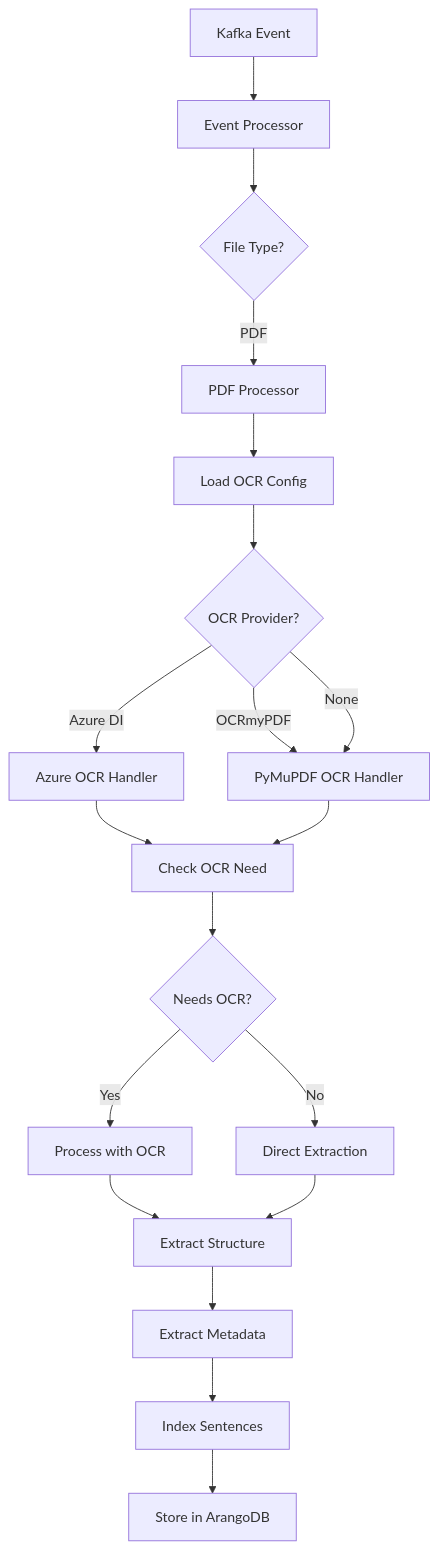
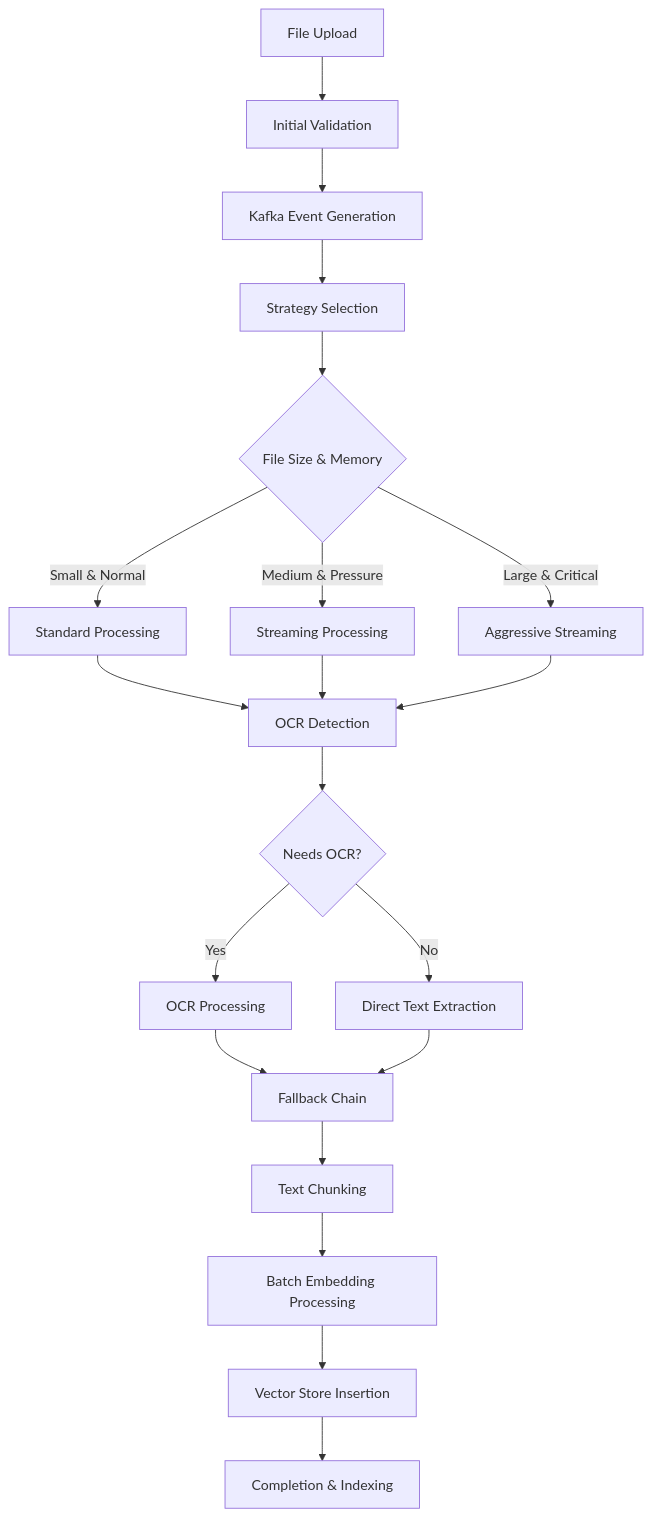
One commit to IcantCode1010/pipeshub-ai-v3 changed the diagram in PDF_PROCESSING_DOCUMENTATION.md. Above: the diagram before and after it, drawn with Mermaid. The commit also changed other lines of this file and 67 other files, not shown here.

````diff
--- a/PDF_PROCESSING_DOCUMENTATION.md
+++ b/PDF_PROCESSING_DOCUMENTATION.md
@@ -188,21 +105,25 @@
 ```mermaid
 graph TD
-    A[Kafka Event] --> B[Event Processor]
-    B --> C{File Type?}
-    C -->|PDF| D[PDF Processor]
-    D --> E[Load OCR Config]
-    E --> F{OCR Provider?}
-    F -->|Azure DI| G[Azure OCR Handler]
-    F -->|OCRmyPDF| H[PyMuPDF OCR Handler]
-    F -->|None| H
-    G --> I[Check OCR Need]
+    A[File Upload] --> B[Initial Validation]
+    B --> C[Kafka Event Generation]
+    C --> D[Strategy Selection]
+    D --> E{File Size & Memory}
+    E -->|Small & Normal| F[Standard Processing]
+    E -->|Medium & Pressure| G[Streaming Processing] 
+    E -->|Large & Critical| H[Aggressive Streaming]
+    
+    F --> I[OCR Detection]
+    G --> I
     H --> I
+    
     I --> J{Needs OCR?}
-    J -->|Yes| K[Process with OCR]
-    J -->|No| L[Direct Extraction]
-    K --> M[Extract Structure]
+    J -->|Yes| K[OCR Processing]
+    J -->|No| L[Direct Text Extraction]
+    
+    K --> M[Fallback Chain]
     L --> M
-    M --> N[Extract Metadata]
-    N --> O[Index Sentences]
-    O --> P[Store in ArangoDB]
+    M --> N[Text Chunking]
+    N --> O[Batch Embedding Processing]
+    O --> P[Vector Store Insertion]
+    P --> Q[Completion & Indexing]
 ```
````
